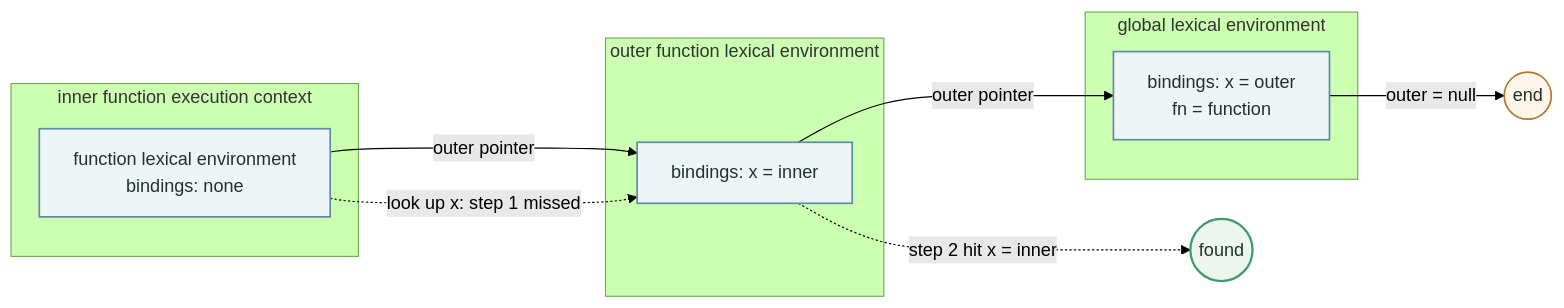
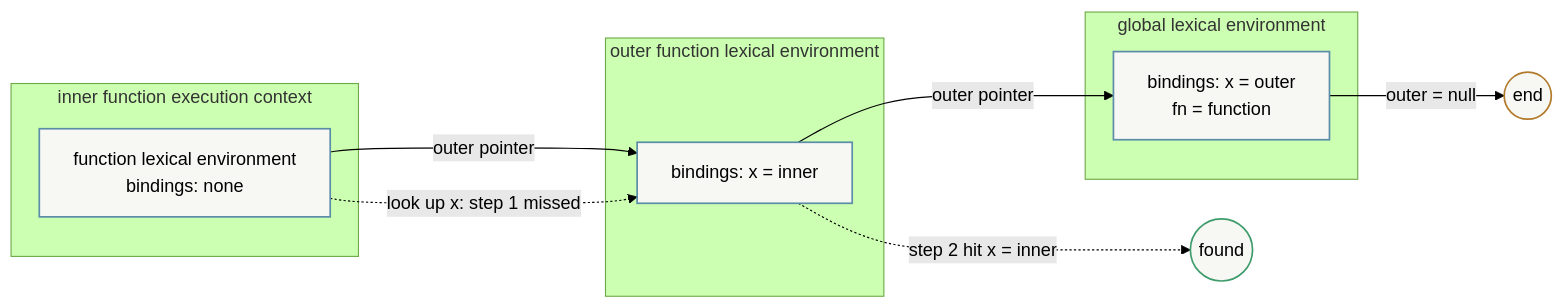
Before and after one commit to Fatejian/frontier-vault: the second of 3 diagrams in docs/en/javascript/execution-context-closure.md, drawn with Mermaid (forest theme). The commit also changed other lines of this file and 65 other files, not shown here.

First line of the commit message:
fix(theme): unify mermaid chart palette and remove solid core fills

````diff
--- a/docs/en/javascript/execution-context-closure.md
+++ b/docs/en/javascript/execution-context-closure.md
@@ -210,26 +210,26 @@
 ```mermaid
 flowchart LR
     subgraph Inner["inner function execution context"]
         IE["function lexical environment<br/>bindings: none"]
     end
     subgraph Outer["outer function lexical environment"]
         OE["bindings: x = inner"]
     end
     subgraph Global["global lexical environment"]
         GE["bindings: x = outer<br/>fn = function"]
     end
 
     IE -- "outer pointer" --> OE
     OE -- "outer pointer" --> GE
     GE -- "outer = null" --> Null((end))
 
     IE -. "look up x: step 1 missed" .-> OE
     OE -. "step 2 hit x = inner" .-> Hit((found))
 
-    classDef wait fill:#EFF5F7,stroke:#5B8CA8,color:#22322B,stroke-width:1.5px;
-    classDef work fill:#EDF5EF,stroke:#3E9B6B,color:#22322B,stroke-width:2px;
-    classDef block fill:#FBF5EA,stroke:#B27B2C,color:#22322B,stroke-width:1.5px;
+    classDef wait fill:#F7F7F3,stroke:#5B8CA8,stroke-width:1.5px;
+    classDef work fill:#F7F7F3,stroke:#3E9B6B,stroke-width:1.5px;
+    classDef block fill:#F7F7F3,stroke:#B27B2C,stroke-width:1.5px;
     class IE,OE,GE wait;
     class Hit work;
     class Null block;
 ```
````
